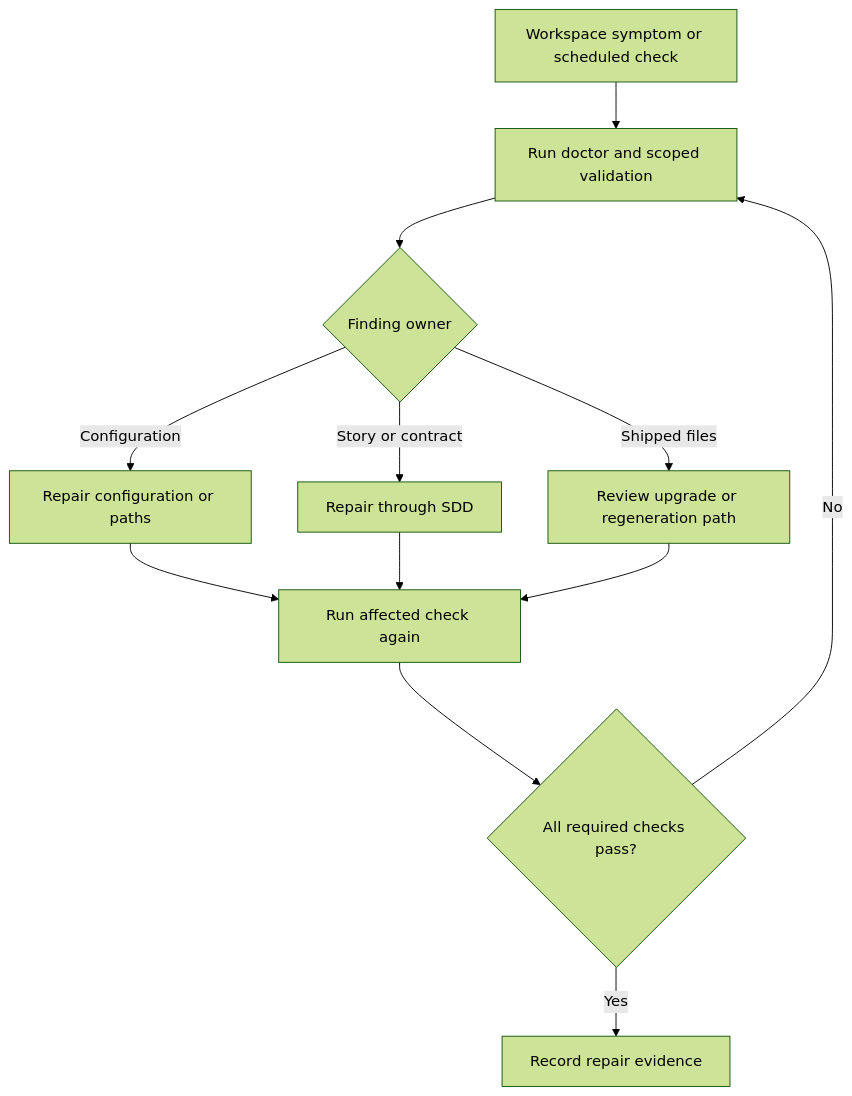
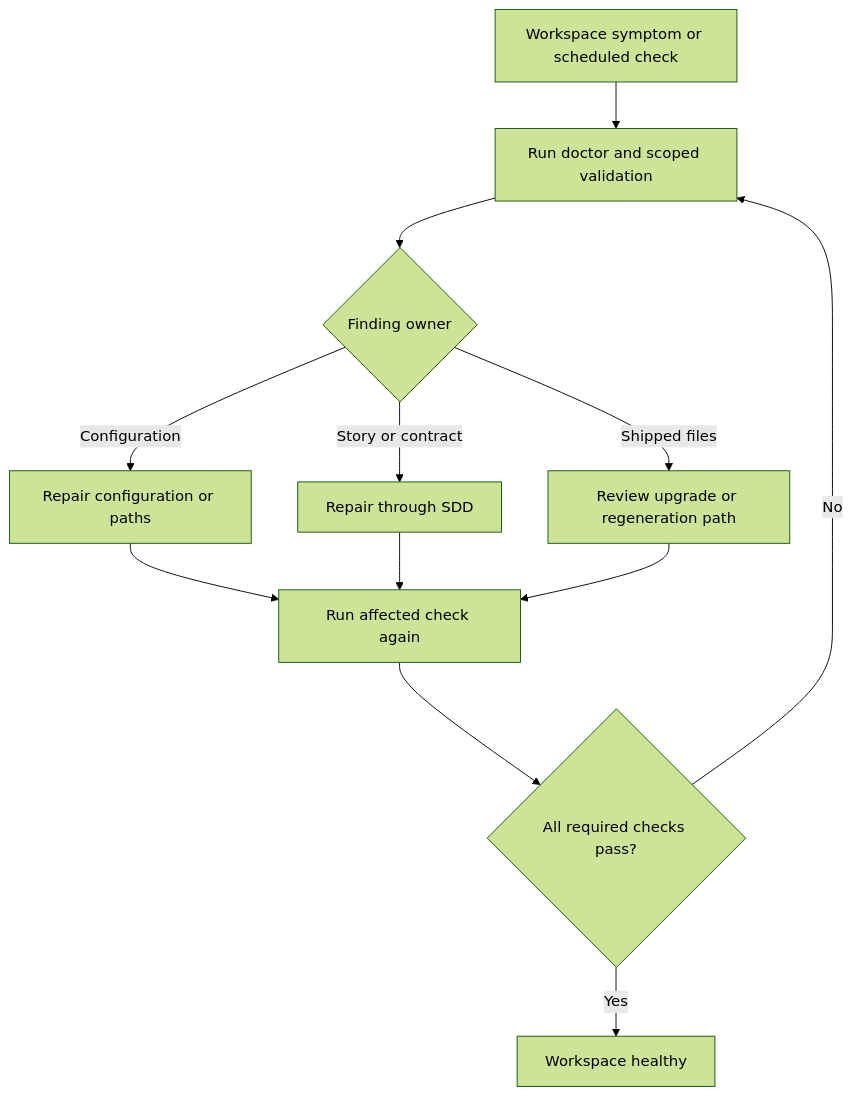
One commit to aganesy/QFAI changed the diagram in .qfai/spec/02_business-flow/business-flow-0003/business-flow.md. Above: the diagram before and after it, drawn with Mermaid (forest theme). The commit also changed other lines of this file and 18 other files, not shown here.

````diff
--- a/.qfai/spec/02_business-flow/business-flow-0003/business-flow.md
+++ b/.qfai/spec/02_business-flow/business-flow-0003/business-flow.md
@@ -10,14 +11,14 @@
 ```mermaid
 flowchart TD
   Symptom[Workspace symptom or scheduled check] --> Diagnose[Run doctor and scoped validation]
   Diagnose --> Classify{Finding owner}
   Classify -->|Configuration| Config[Repair configuration or paths]
   Classify -->|Story or contract| SDD[Repair through SDD]
   Classify -->|Shipped files| Upgrade[Review upgrade or regeneration path]
   Config --> Recheck[Run affected check again]
   SDD --> Recheck
   Upgrade --> Recheck
   Recheck --> Result{All required checks pass?}
   Result -->|No| Diagnose
-  Result -->|Yes| Record[Record repair evidence]
+  Result -->|Yes| Done[Workspace healthy]
 ```
````
